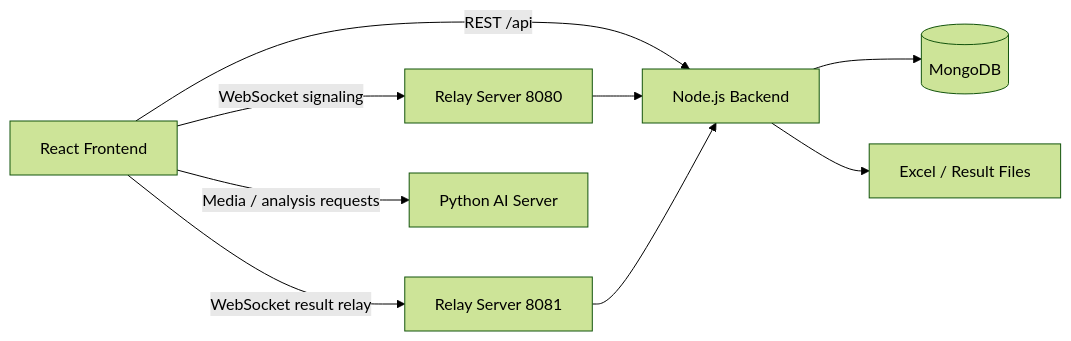
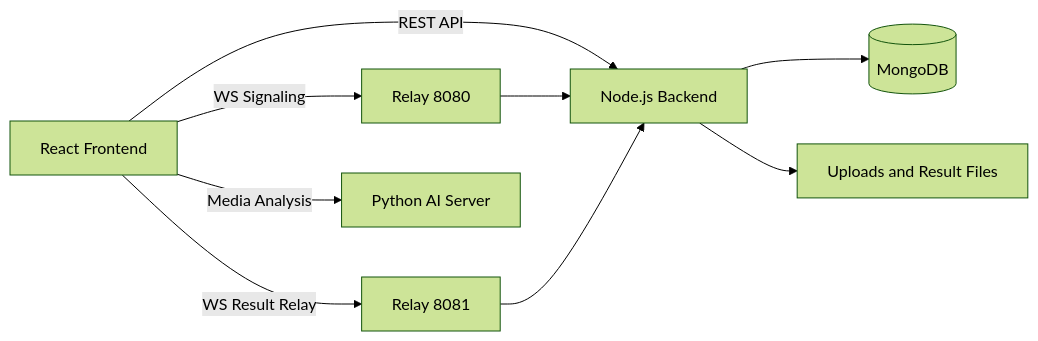
One commit to Tewodros-Berhane/AI-Based-Cheating-Detection-System-for-Online-Exams changed the diagram in README.md. Above: the diagram before and after it, drawn with Mermaid (forest theme). The commit also changed other lines of this file and 4 other files, not shown here.

````diff
--- a/README.md
+++ b/README.md
@@ -49,11 +53,11 @@
 ```mermaid
 flowchart LR
-    A[React Frontend] -->|REST /api| B[Node.js Backend]
-    A -->|WebSocket signaling| C[Relay Server 8080]
-    A -->|WebSocket result relay| D[Relay Server 8081]
-    A -->|Media / analysis requests| E[Python AI Server]
+    A[React Frontend] -->|REST API| B[Node.js Backend]
+    A -->|WS Signaling| C[Relay 8080]
+    A -->|WS Result Relay| D[Relay 8081]
+    A -->|Media Analysis| E[Python AI Server]
     B --> F[(MongoDB)]
+    B --> G[Uploads and Result Files]
     C --> B
     D --> B
-    B --> G[Excel / Result Files]
 ```
````
